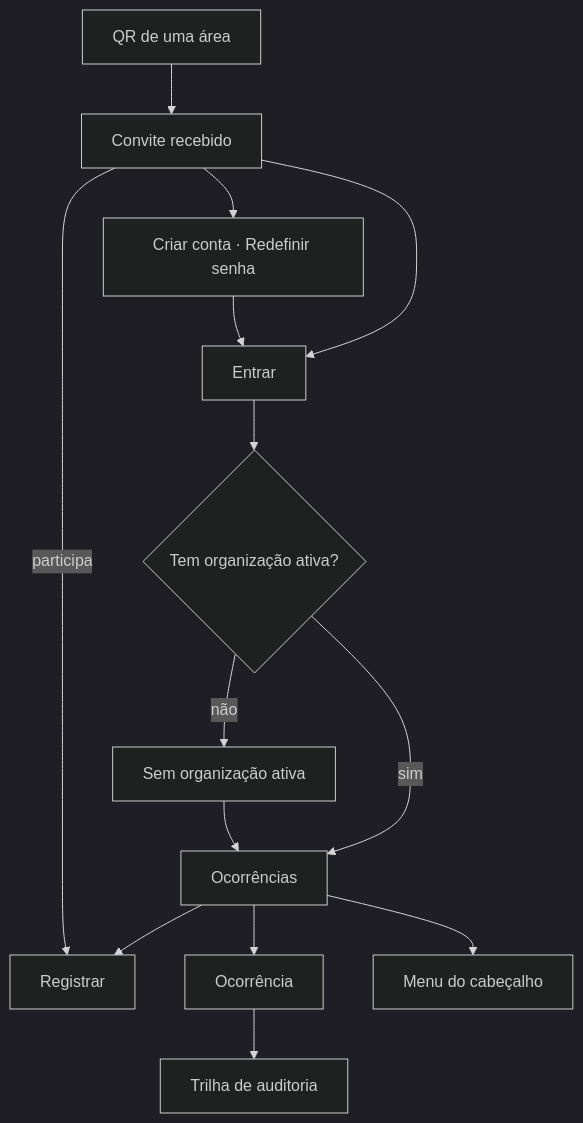
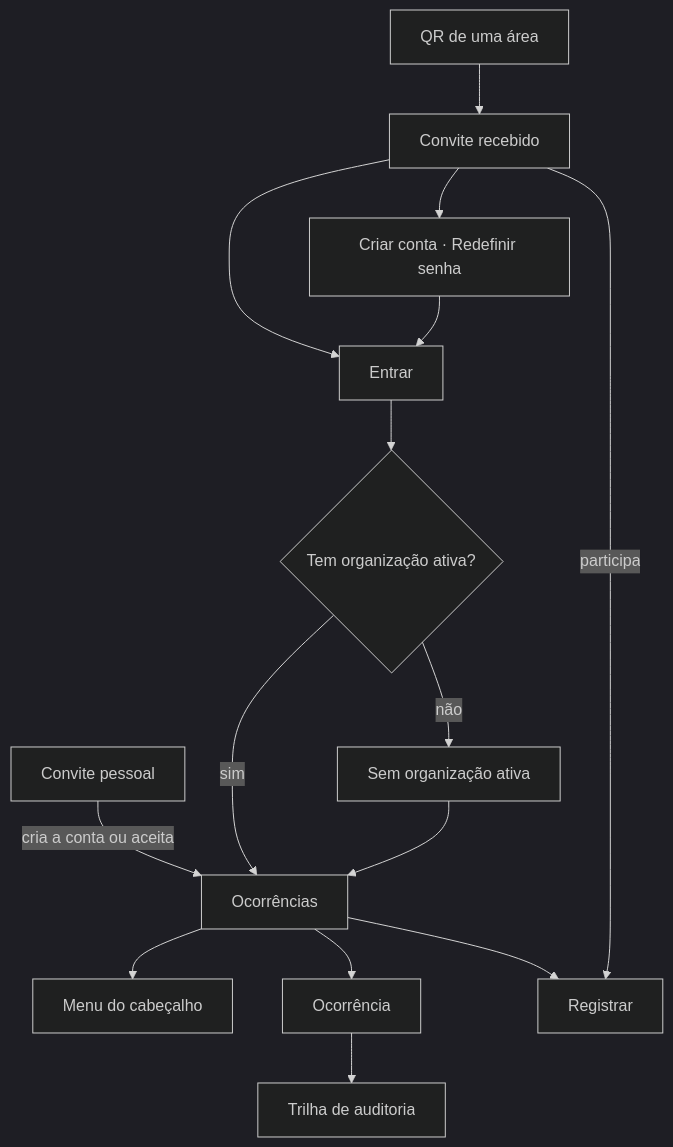
The diagram in docs/telas.md (natanjunior/8FSDT-Hackathon), drawn with Mermaid (dark theme) before and after one commit. The commit also changed other lines of this file and 12 other files, not shown here.

Commit message:
docs(121): o convite pessoal, e a ADR-0021 que substitui a 0018

````diff
--- a/docs/telas.md
+++ b/docs/telas.md
@@ -41,28 +42,30 @@
 ```mermaid
 flowchart TB
     CONVITE["Convite recebido"]
+    PESSOAL["Convite pessoal"]
     QRAREA["QR de uma área"]
     CONTA["Criar conta · Redefinir senha"]
     ENTRAR["Entrar"]
     CTX{"Tem organização ativa?"}
     ORG["Sem organização ativa"]
     LISTA["Ocorrências"]
     DETALHE["Ocorrência"]
     NOVA["Registrar"]
     TRILHA["Trilha de auditoria"]
     MENU["Menu do cabeçalho"]
 
     QRAREA --> CONVITE
+    PESSOAL -->|cria a conta ou aceita| LISTA
     CONVITE -->|participa| NOVA
     CONVITE --> CONTA
     CONVITE --> ENTRAR
     CONTA --> ENTRAR
     ENTRAR --> CTX
     CTX -->|não| ORG
     CTX -->|sim| LISTA
     ORG --> LISTA
     LISTA --> NOVA
     LISTA --> DETALHE
     LISTA --> MENU
     DETALHE --> TRILHA
 ```
````
